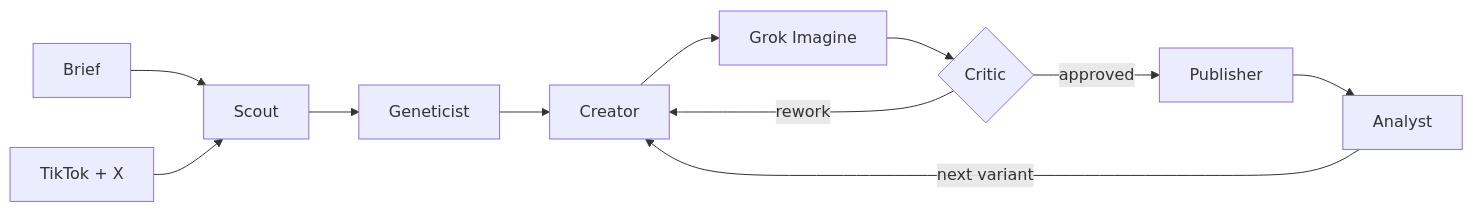
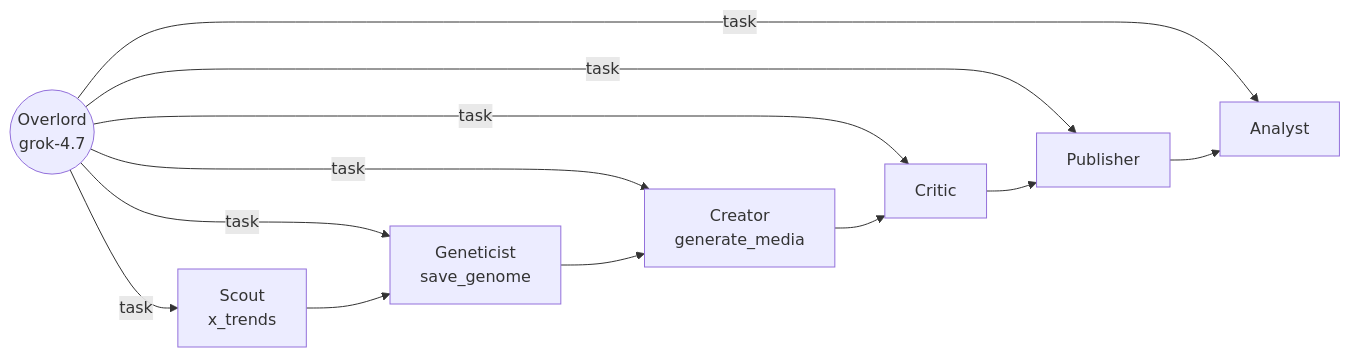
The diagram in README.md (WiktorZoga/opalacze), drawn with Mermaid before and after one commit. The commit also changed other lines of this file, not shown here.

````diff
--- a/README.md
+++ b/README.md
@@ -55,13 +59,10 @@
 ```mermaid
 flowchart LR
-    B["Brief"] --> S["Scout"]
-    T["TikTok + X"] --> S
-    S --> G["Geneticist"]
-    G --> C["Creator"]
-    C --> R["Grok Imagine"]
-    R --> K{"Critic"}
-    K -->|rework| C
-    K -->|approved| P["Publisher"]
-    P --> A["Analyst"]
-    A -->|next variant| C
+    O(("Overlord<br/>grok-4.7")) -->|task| S["Scout<br/>x_trends"]
+    O -->|task| G["Geneticist<br/>save_genome"]
+    O -->|task| C["Creator<br/>generate_media"]
+    O -->|task| K["Critic"]
+    O -->|task| P["Publisher"]
+    O -->|task| A["Analyst"]
+    S --> G --> C --> K --> P --> A
 ```
````
